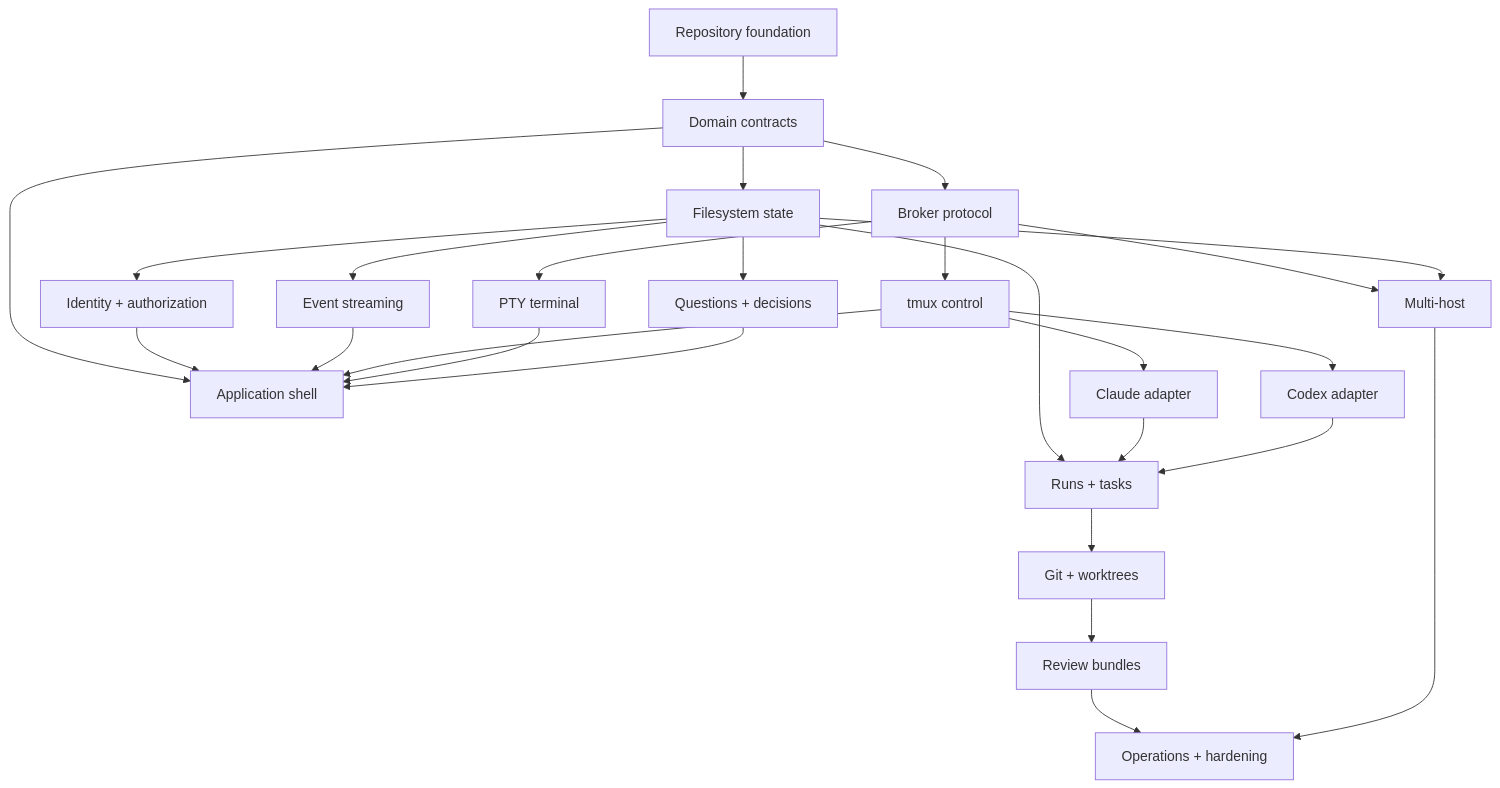
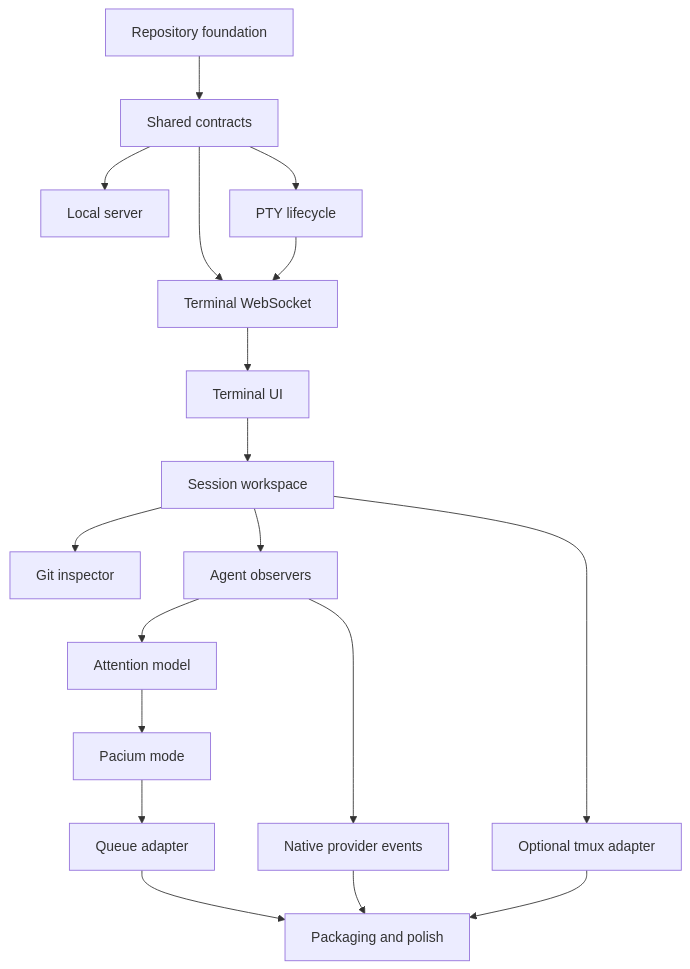
Before and after one commit to felixlaga/Pacium-Control: the diagram in docs/execution/workstream-map.md, drawn with Mermaid. The commit also changed other lines of this file and 161 other files, not shown here.

First line of the commit message:
feat: establish local terminal workspace

````diff
--- a/docs/execution/workstream-map.md
+++ b/docs/execution/workstream-map.md
@@ -5,46 +5,36 @@
 ```mermaid
 flowchart TD
   Repo[Repository foundation]
-  Contracts[Domain contracts]
-  State[Filesystem state]
-  Auth[Identity + authorization]
-  Broker[Broker protocol]
-  Tmux[tmux control]
-  Terminal[PTY terminal]
-  Stream[Event streaming]
-  UI[Application shell]
-  Questions[Questions + decisions]
-  Runs[Runs + tasks]
-  Git[Git + worktrees]
-  Claude[Claude adapter]
-  Codex[Codex adapter]
-  Review[Review bundles]
-  Hosts[Multi-host]
-  Ops[Operations + hardening]
+  Contracts[Shared contracts]
+  Local[Local server]
+  PTY[PTY lifecycle]
+  WS[Terminal WebSocket]
+  Term[Terminal UI]
+  Sessions[Session workspace]
+  Git[Git inspector]
+  Observe[Agent observers]
+  Attention[Attention model]
+  Pacium[Pacium mode]
+  Queue[Queue adapter]
+  Providers[Native provider events]
+  Tmux[Optional tmux adapter]
+  Package[Packaging and polish]
 
   Repo --> Contracts
-  Contracts --> State
-  Contracts --> Broker
-  Contracts --> UI
-  State --> Auth
-  State --> Stream
-  Broker --> Tmux
-  Broker --> Terminal
-  Auth --> UI
-  Stream --> UI
-  Tmux --> UI
-  Terminal --> UI
-  State --> Questions
-  Questions --> UI
-  State --> Runs
-  Runs --> Git
-  Git --> Review
-  Tmux --> Claude
-  Tmux --> Codex
-  Claude --> Runs
-  Codex --> Runs
-  Broker --> Hosts
-  State --> Hosts
-  Review --> Ops
-  Hosts --> Ops
+  Contracts --> Local
+  Contracts --> PTY
+  Contracts --> WS
+  PTY --> WS
+  WS --> Term
+  Term --> Sessions
+  Sessions --> Git
+  Sessions --> Observe
+  Observe --> Attention
+  Attention --> Pacium
+  Pacium --> Queue
+  Observe --> Providers
+  Sessions --> Tmux
+  Queue --> Package
+  Providers --> Package
+  Tmux --> Package
 ```
````
